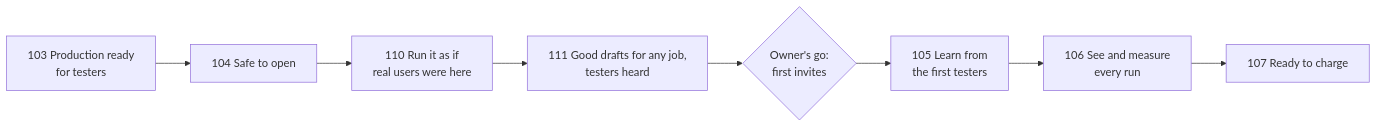
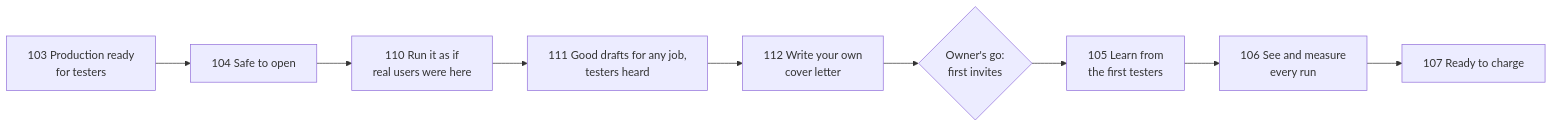
The second of 2 diagrams in docs/roadmap.md (akoita/draft-loop), drawn with Mermaid before and after one commit. The commit also changed other lines of this file, not shown here.

First line of the commit message:
docs(roadmap): close milestone 111 and admit milestone 112

````diff
--- a/docs/roadmap.md
+++ b/docs/roadmap.md
@@ -339,10 +339,11 @@
 ```mermaid
 flowchart LR
   m103["103 Production ready<br/>for testers"] --> m104["104 Safe to open"]
   m104 --> m110["110 Run it as if<br/>real users were here"]
   m110 --> m111["111 Good drafts for any job,<br/>testers heard"]
-  m111 --> gate{"Owner's go:<br/>first invites"}
+  m111 --> m112["112 Write your own<br/>cover letter"]
+  m112 --> gate{"Owner's go:<br/>first invites"}
   gate --> m105["105 Learn from<br/>the first testers"]
   m105 --> m106["106 See and measure<br/>every run"]
   m106 --> m107["107 Ready to charge"]
 ```
````
